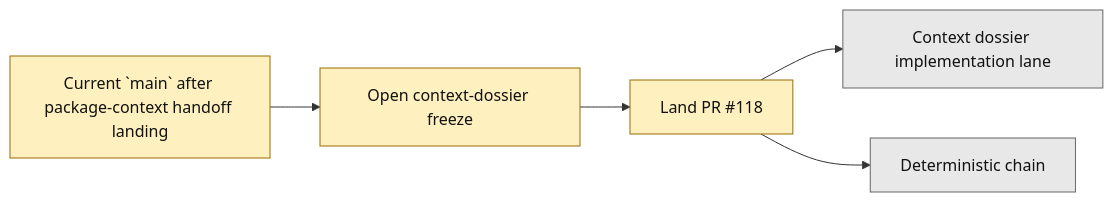
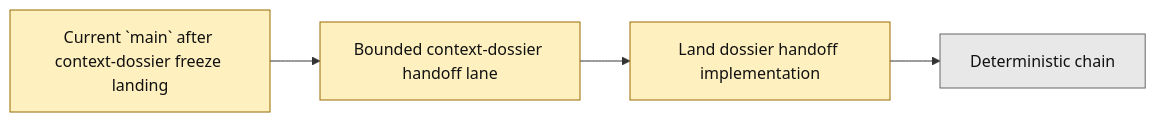
The second of 2 diagrams in next_milestone_plans/layer3_progress_board.md (benjmcd/project6_REPO_MCP_FOLDER), drawn with Mermaid before and after one commit. The commit also changed other lines of this file and 8 other files, not shown here.

Commit message:
docs(layer3): sync landed dossier freeze state

````diff
--- a/next_milestone_plans/layer3_progress_board.md
+++ b/next_milestone_plans/layer3_progress_board.md
@@ -131,13 +131,12 @@
 ```mermaid
 flowchart LR
-    A["Current `main` after package-context handoff landing"] --> B["Open context-dossier freeze"]
-    B --> C["Land PR #118"]
-    C --> D["Context dossier implementation lane"]
-    C --> E["Deterministic chain"]
+    A["Current `main` after context-dossier freeze landing"] --> B["Bounded context-dossier handoff lane"]
+    B --> C["Land dossier handoff implementation"]
+    C --> D["Deterministic chain"]
 
     classDef next fill:#fff1bf,stroke:#9a6b00,color:#111;
     classDef future fill:#e8e8e8,stroke:#666,color:#111;
 
     class A,B,C next;
-    class D,E future;
+    class D future;
 ```
````
